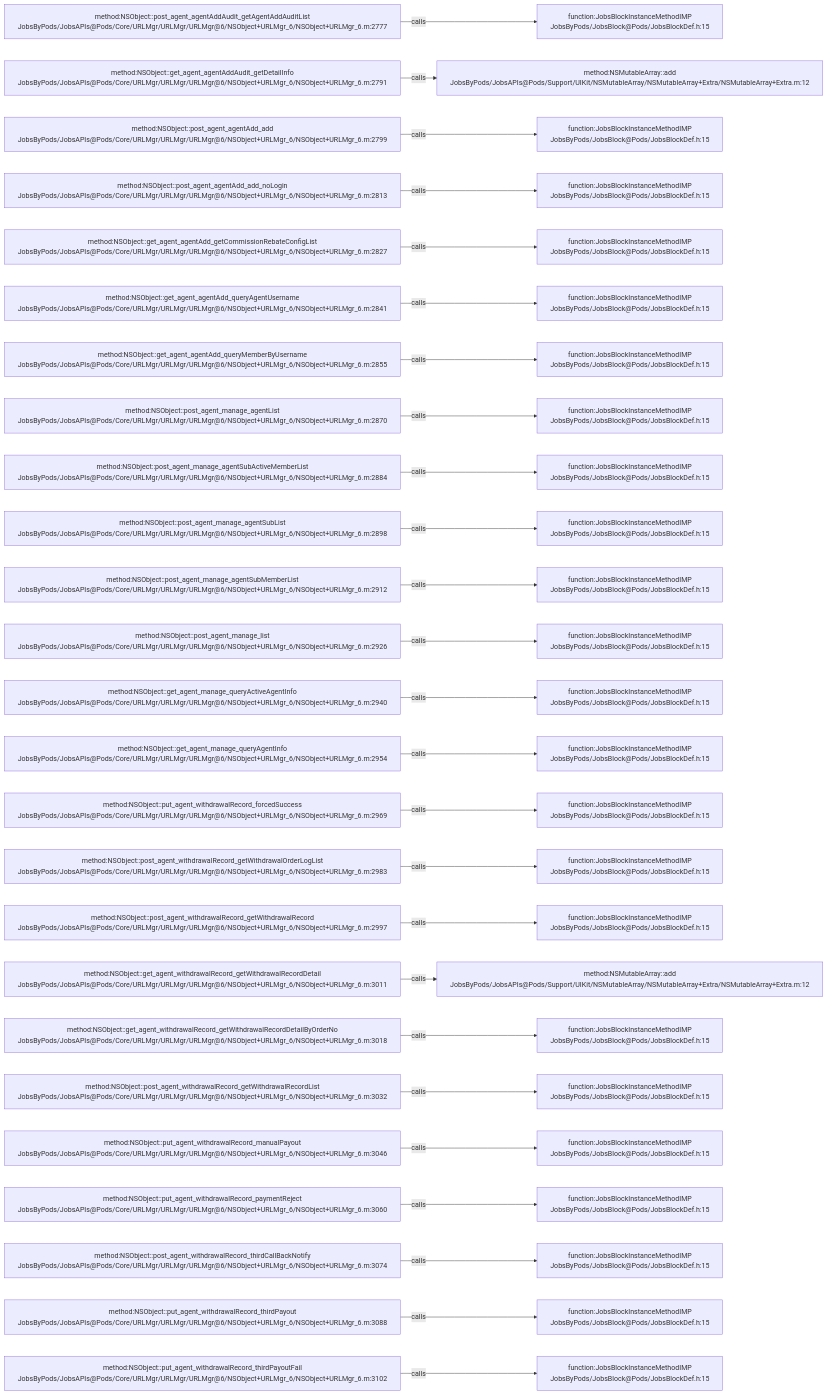
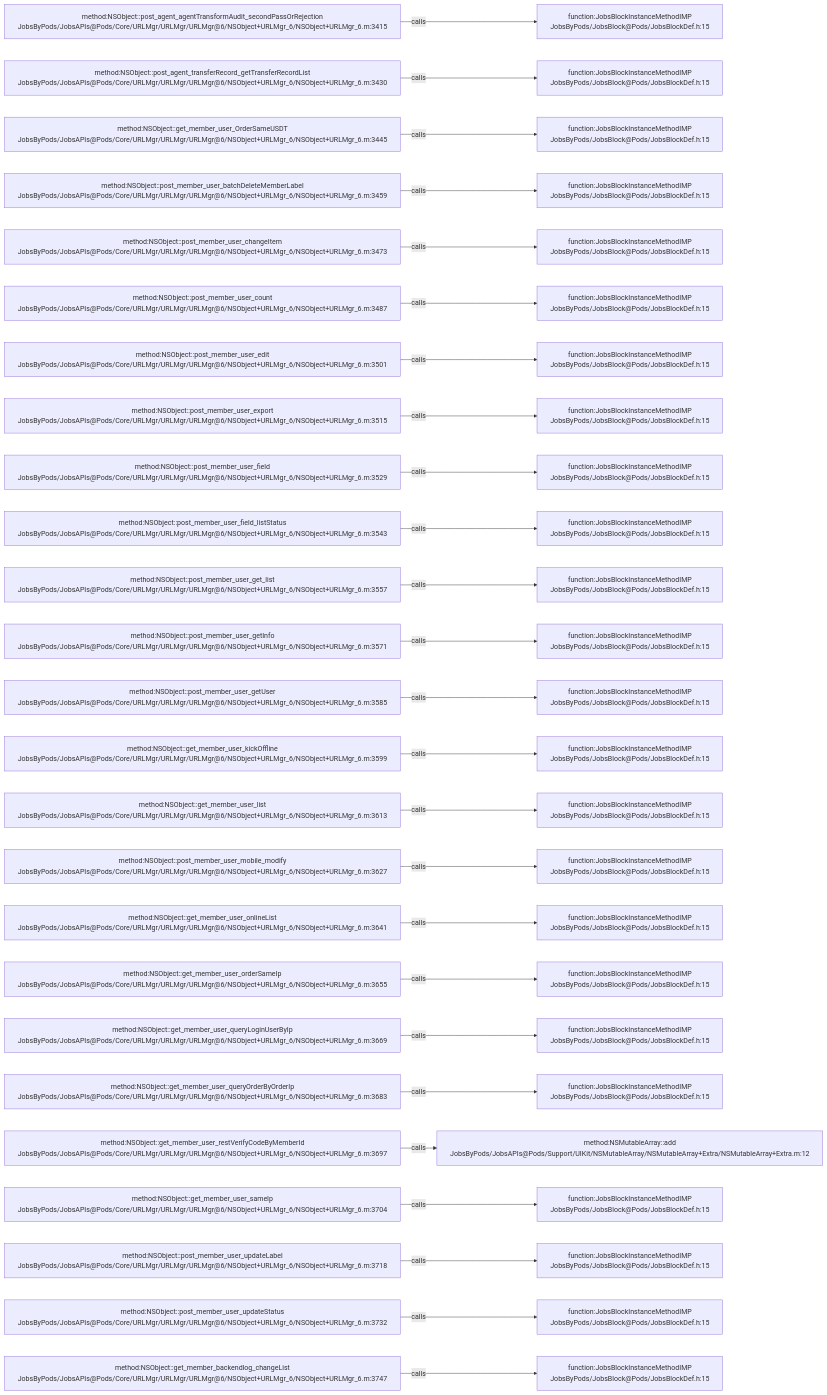
One commit to JobsKits/JobsOCBaseConfigDemo changed the diagram in .codegraph/codegraph.md/graphs/calls-075.md. Above: the diagram before and after it, drawn with Mermaid. The commit also changed 223 other files, not shown here.

````diff
--- a/.codegraph/codegraph.md/graphs/calls-075.md
+++ b/.codegraph/codegraph.md/graphs/calls-075.md
@@ -13,78 +13,78 @@
 ```mermaid
 flowchart LR
-  S1["method:NSObject::post_agent_agentAddAudit_getAgentAddAuditList<br/>JobsByPods/JobsAPIs@Pods/Core/URLMgr/URLMgr/URLMgr@6/NSObject+URLMgr_6/NSObject+URLMgr_6.m:2777"]
+  S1["method:NSObject::post_agent_agentTransformAudit_secondPassOrRejection<br/>JobsByPods/JobsAPIs@Pods/Core/URLMgr/URLMgr/URLMgr@6/NSObject+URLMgr_6/NSObject+URLMgr_6.m:3415"]
   T1["function:JobsBlockInstanceMethodIMP<br/>JobsByPods/JobsBlock@Pods/JobsBlockDef.h:15"]
   S1 -->|calls| T1
-  S2["method:NSObject::get_agent_agentAddAudit_getDetailInfo<br/>JobsByPods/JobsAPIs@Pods/Core/URLMgr/URLMgr/URLMgr@6/NSObject+URLMgr_6/NSObject+URLMgr_6.m:2791"]
-  T2["method:NSMutableArray::add<br/>JobsByPods/JobsAPIs@Pods/Support/UIKit/NSMutableArray/NSMutableArray+Extra/NSMutableArray+Extra.m:12"]
+  S2["method:NSObject::post_agent_transferRecord_getTransferRecordList<br/>JobsByPods/JobsAPIs@Pods/Core/URLMgr/URLMgr/URLMgr@6/NSObject+URLMgr_6/NSObject+URLMgr_6.m:3430"]
+  T2["function:JobsBlockInstanceMethodIMP<br/>JobsByPods/JobsBlock@Pods/JobsBlockDef.h:15"]
   S2 -->|calls| T2
-  S3["method:NSObject::post_agent_agentAdd_add<br/>JobsByPods/JobsAPIs@Pods/Core/URLMgr/URLMgr/URLMgr@6/NSObject+URLMgr_6/NSObject+URLMgr_6.m:2799"]
+  S3["method:NSObject::get_member_user_OrderSameUSDT<br/>JobsByPods/JobsAPIs@Pods/Core/URLMgr/URLMgr/URLMgr@6/NSObject+URLMgr_6/NSObject+URLMgr_6.m:3445"]
   T3["function:JobsBlockInstanceMethodIMP<br/>JobsByPods/JobsBlock@Pods/JobsBlockDef.h:15"]
   S3 -->|calls| T3
-  S4["method:NSObject::post_agent_agentAdd_add_noLogin<br/>JobsByPods/JobsAPIs@Pods/Core/URLMgr/URLMgr/URLMgr@6/NSObject+URLMgr_6/NSObject+URLMgr_6.m:2813"]
+  S4["method:NSObject::post_member_user_batchDeleteMemberLabel<br/>JobsByPods/JobsAPIs@Pods/Core/URLMgr/URLMgr/URLMgr@6/NSObject+URLMgr_6/NSObject+URLMgr_6.m:3459"]
   T4["function:JobsBlockInstanceMethodIMP<br/>JobsByPods/JobsBlock@Pods/JobsBlockDef.h:15"]
   S4 -->|calls| T4
-  S5["method:NSObject::get_agent_agentAdd_getCommissionRebateConfigList<br/>JobsByPods/JobsAPIs@Pods/Core/URLMgr/URLMgr/URLMgr@6/NSObject+URLMgr_6/NSObject+URLMgr_6.m:2827"]
+  S5["method:NSObject::post_member_user_changeItem<br/>JobsByPods/JobsAPIs@Pods/Core/URLMgr/URLMgr/URLMgr@6/NSObject+URLMgr_6/NSObject+URLMgr_6.m:3473"]
   T5["function:JobsBlockInstanceMethodIMP<br/>JobsByPods/JobsBlock@Pods/JobsBlockDef.h:15"]
   S5 -->|calls| T5
-  S6["method:NSObject::get_agent_agentAdd_queryAgentUsername<br/>JobsByPods/JobsAPIs@Pods/Core/URLMgr/URLMgr/URLMgr@6/NSObject+URLMgr_6/NSObject+URLMgr_6.m:2841"]
+  S6["method:NSObject::post_member_user_count<br/>JobsByPods/JobsAPIs@Pods/Core/URLMgr/URLMgr/URLMgr@6/NSObject+URLMgr_6/NSObject+URLMgr_6.m:3487"]
   T6["function:JobsBlockInstanceMethodIMP<br/>JobsByPods/JobsBlock@Pods/JobsBlockDef.h:15"]
   S6 -->|calls| T6
-  S7["method:NSObject::get_agent_agentAdd_queryMemberByUsername<br/>JobsByPods/JobsAPIs@Pods/Core/URLMgr/URLMgr/URLMgr@6/NSObject+URLMgr_6/NSObject+URLMgr_6.m:2855"]
+  S7["method:NSObject::post_member_user_edit<br/>JobsByPods/JobsAPIs@Pods/Core/URLMgr/URLMgr/URLMgr@6/NSObject+URLMgr_6/NSObject+URLMgr_6.m:3501"]
   T7["function:JobsBlockInstanceMethodIMP<br/>JobsByPods/JobsBlock@Pods/JobsBlockDef.h:15"]
   S7 -->|calls| T7
-  S8["method:NSObject::post_agent_manage_agentList<br/>JobsByPods/JobsAPIs@Pods/Core/URLMgr/URLMgr/URLMgr@6/NSObject+URLMgr_6/NSObject+URLMgr_6.m:2870"]
+  S8["method:NSObject::post_member_user_export<br/>JobsByPods/JobsAPIs@Pods/Core/URLMgr/URLMgr/URLMgr@6/NSObject+URLMgr_6/NSObject+URLMgr_6.m:3515"]
   T8["function:JobsBlockInstanceMethodIMP<br/>JobsByPods/JobsBlock@Pods/JobsBlockDef.h:15"]
   S8 -->|calls| T8
-  S9["method:NSObject::post_agent_manage_agentSubActiveMemberList<br/>JobsByPods/JobsAPIs@Pods/Core/URLMgr/URLMgr/URLMgr@6/NSObject+URLMgr_6/NSObject+URLMgr_6.m:2884"]
+  S9["method:NSObject::post_member_user_field<br/>JobsByPods/JobsAPIs@Pods/Core/URLMgr/URLMgr/URLMgr@6/NSObject+URLMgr_6/NSObject+URLMgr_6.m:3529"]
   T9["function:JobsBlockInstanceMethodIMP<br/>JobsByPods/JobsBlock@Pods/JobsBlockDef.h:15"]
   S9 -->|calls| T9
-  S10["method:NSObject::post_agent_manage_agentSubList<br/>JobsByPods/JobsAPIs@Pods/Core/URLMgr/URLMgr/URLMgr@6/NSObject+URLMgr_6/NSObject+URLMgr_6.m:2898"]
+  S10["method:NSObject::post_member_user_field_listStatus<br/>JobsByPods/JobsAPIs@Pods/Core/URLMgr/URLMgr/URLMgr@6/NSObject+URLMgr_6/NSObject+URLMgr_6.m:3543"]
   T10["function:JobsBlockInstanceMethodIMP<br/>JobsByPods/JobsBlock@Pods/JobsBlockDef.h:15"]
   S10 -->|calls| T10
-  S11["method:NSObject::post_agent_manage_agentSubMemberList<br/>JobsByPods/JobsAPIs@Pods/Core/URLMgr/URLMgr/URLMgr@6/NSObject+URLMgr_6/NSObject+URLMgr_6.m:2912"]
+  S11["method:NSObject::post_member_user_get_list<br/>JobsByPods/JobsAPIs@Pods/Core/URLMgr/URLMgr/URLMgr@6/NSObject+URLMgr_6/NSObject+URLMgr_6.m:3557"]
   T11["function:JobsBlockInstanceMethodIMP<br/>JobsByPods/JobsBlock@Pods/JobsBlockDef.h:15"]
   S11 -->|calls| T11
-  S12["method:NSObject::post_agent_manage_list<br/>JobsByPods/JobsAPIs@Pods/Core/URLMgr/URLMgr/URLMgr@6/NSObject+URLMgr_6/NSObject+URLMgr_6.m:2926"]
+  S12["method:NSObject::post_member_user_getInfo<br/>JobsByPods/JobsAPIs@Pods/Core/URLMgr/URLMgr/URLMgr@6/NSObject+URLMgr_6/NSObject+URLMgr_6.m:3571"]
   T12["function:JobsBlockInstanceMethodIMP<br/>JobsByPods/JobsBlock@Pods/JobsBlockDef.h:15"]
   S12 -->|calls| T12
-  S13["method:NSObject::get_agent_manage_queryActiveAgentInfo<br/>JobsByPods/JobsAPIs@Pods/Core/URLMgr/URLMgr/URLMgr@6/NSObject+URLMgr_6/NSObject+URLMgr_6.m:2940"]
+  S13["method:NSObject::post_member_user_getUser<br/>JobsByPods/JobsAPIs@Pods/Core/URLMgr/URLMgr/URLMgr@6/NSObject+URLMgr_6/NSObject+URLMgr_6.m:3585"]
   T13["function:JobsBlockInstanceMethodIMP<br/>JobsByPods/JobsBlock@Pods/JobsBlockDef.h:15"]
   S13 -->|calls| T13
-  S14["method:NSObject::get_agent_manage_queryAgentInfo<br/>JobsByPods/JobsAPIs@Pods/Core/URLMgr/URLMgr/URLMgr@6/NSObject+URLMgr_6/NSObject+URLMgr_6.m:2954"]
+  S14["method:NSObject::get_member_user_kickOffline<br/>JobsByPods/JobsAPIs@Pods/Core/URLMgr/URLMgr/URLMgr@6/NSObject+URLMgr_6/NSObject+URLMgr_6.m:3599"]
   T14["function:JobsBlockInstanceMethodIMP<br/>JobsByPods/JobsBlock@Pods/JobsBlockDef.h:15"]
   S14 -->|calls| T14
-  S15["method:NSObject::put_agent_withdrawalRecord_forcedSuccess<br/>JobsByPods/JobsAPIs@Pods/Core/URLMgr/URLMgr/URLMgr@6/NSObject+URLMgr_6/NSObject+URLMgr_6.m:2969"]
+  S15["method:NSObject::get_member_user_list<br/>JobsByPods/JobsAPIs@Pods/Core/URLMgr/URLMgr/URLMgr@6/NSObject+URLMgr_6/NSObject+URLMgr_6.m:3613"]
   T15["function:JobsBlockInstanceMethodIMP<br/>JobsByPods/JobsBlock@Pods/JobsBlockDef.h:15"]
   S15 -->|calls| T15
-  S16["method:NSObject::post_agent_withdrawalRecord_getWithdrawalOrderLogList<br/>JobsByPods/JobsAPIs@Pods/Core/URLMgr/URLMgr/URLMgr@6/NSObject+URLMgr_6/NSObject+URLMgr_6.m:2983"]
+  S16["method:NSObject::post_member_user_mobile_modify<br/>JobsByPods/JobsAPIs@Pods/Core/URLMgr/URLMgr/URLMgr@6/NSObject+URLMgr_6/NSObject+URLMgr_6.m:3627"]
   T16["function:JobsBlockInstanceMethodIMP<br/>JobsByPods/JobsBlock@Pods/JobsBlockDef.h:15"]
   S16 -->|calls| T16
-  S17["method:NSObject::post_agent_withdrawalRecord_getWithdrawalRecord<br/>JobsByPods/JobsAPIs@Pods/Core/URLMgr/URLMgr/URLMgr@6/NSObject+URLMgr_6/NSObject+URLMgr_6.m:2997"]
+  S17["method:NSObject::get_member_user_onlineList<br/>JobsByPods/JobsAPIs@Pods/Core/URLMgr/URLMgr/URLMgr@6/NSObject+URLMgr_6/NSObject+URLMgr_6.m:3641"]
   T17["function:JobsBlockInstanceMethodIMP<br/>JobsByPods/JobsBlock@Pods/JobsBlockDef.h:15"]
   S17 -->|calls| T17
-  S18["method:NSObject::get_agent_withdrawalRecord_getWithdrawalRecordDetail<br/>JobsByPods/JobsAPIs@Pods/Core/URLMgr/URLMgr/URLMgr@6/NSObject+URLMgr_6/NSObject+URLMgr_6.m:3011"]
-  T18["method:NSMutableArray::add<br/>JobsByPods/JobsAPIs@Pods/Support/UIKit/NSMutableArray/NSMutableArray+Extra/NSMutableArray+Extra.m:12"]
+  S18["method:NSObject::get_member_user_orderSameIp<br/>JobsByPods/JobsAPIs@Pods/Core/URLMgr/URLMgr/URLMgr@6/NSObject+URLMgr_6/NSObject+URLMgr_6.m:3655"]
+  T18["function:JobsBlockInstanceMethodIMP<br/>JobsByPods/JobsBlock@Pods/JobsBlockDef.h:15"]
   S18 -->|calls| T18
-  S19["method:NSObject::get_agent_withdrawalRecord_getWithdrawalRecordDetailByOrderNo<br/>JobsByPods/JobsAPIs@Pods/Core/URLMgr/URLMgr/URLMgr@6/NSObject+URLMgr_6/NSObject+URLMgr_6.m:3018"]
+  S19["method:NSObject::get_member_user_queryLoginUserByIp<br/>JobsByPods/JobsAPIs@Pods/Core/URLMgr/URLMgr/URLMgr@6/NSObject+URLMgr_6/NSObject+URLMgr_6.m:3669"]
   T19["function:JobsBlockInstanceMethodIMP<br/>JobsByPods/JobsBlock@Pods/JobsBlockDef.h:15"]
   S19 -->|calls| T19
-  S20["method:NSObject::post_agent_withdrawalRecord_getWithdrawalRecordList<br/>JobsByPods/JobsAPIs@Pods/Core/URLMgr/URLMgr/URLMgr@6/NSObject+URLMgr_6/NSObject+URLMgr_6.m:3032"]
+  S20["method:NSObject::get_member_user_queryOrderByOrderIp<br/>JobsByPods/JobsAPIs@Pods/Core/URLMgr/URLMgr/URLMgr@6/NSObject+URLMgr_6/NSObject+URLMgr_6.m:3683"]
   T20["function:JobsBlockInstanceMethodIMP<br/>JobsByPods/JobsBlock@Pods/JobsBlockDef.h:15"]
   S20 -->|calls| T20
-  S21["method:NSObject::put_agent_withdrawalRecord_manualPayout<br/>JobsByPods/JobsAPIs@Pods/Core/URLMgr/URLMgr/URLMgr@6/NSObject+URLMgr_6/NSObject+URLMgr_6.m:3046"]
-  T21["function:JobsBlockInstanceMethodIMP<br/>JobsByPods/JobsBlock@Pods/JobsBlockDef.h:15"]
+  S21["method:NSObject::get_member_user_restVerifyCodeByMemberId<br/>JobsByPods/JobsAPIs@Pods/Core/URLMgr/URLMgr/URLMgr@6/NSObject+URLMgr_6/NSObject+URLMgr_6.m:3697"]
+  T21["method:NSMutableArray::add<br/>JobsByPods/JobsAPIs@Pods/Support/UIKit/NSMutableArray/NSMutableArray+Extra/NSMutableArray+Extra.m:12"]
   S21 -->|calls| T21
-  S22["method:NSObject::put_agent_withdrawalRecord_paymentReject<br/>JobsByPods/JobsAPIs@Pods/Core/URLMgr/URLMgr/URLMgr@6/NSObject+URLMgr_6/NSObject+URLMgr_6.m:3060"]
+  S22["method:NSObject::get_member_user_sameIp<br/>JobsByPods/JobsAPIs@Pods/Core/URLMgr/URLMgr/URLMgr@6/NSObject+URLMgr_6/NSObject+URLMgr_6.m:3704"]
   T22["function:JobsBlockInstanceMethodIMP<br/>JobsByPods/JobsBlock@Pods/JobsBlockDef.h:15"]
   S22 -->|calls| T22
-  S23["method:NSObject::post_agent_withdrawalRecord_thirdCallBackNotify<br/>JobsByPods/JobsAPIs@Pods/Core/URLMgr/URLMgr/URLMgr@6/NSObject+URLMgr_6/NSObject+URLMgr_6.m:3074"]
+  S23["method:NSObject::post_member_user_updateLabel<br/>JobsByPods/JobsAPIs@Pods/Core/URLMgr/URLMgr/URLMgr@6/NSObject+URLMgr_6/NSObject+URLMgr_6.m:3718"]
   T23["function:JobsBlockInstanceMethodIMP<br/>JobsByPods/JobsBlock@Pods/JobsBlockDef.h:15"]
   S23 -->|calls| T23
-  S24["method:NSObject::put_agent_withdrawalRecord_thirdPayout<br/>JobsByPods/JobsAPIs@Pods/Core/URLMgr/URLMgr/URLMgr@6/NSObject+URLMgr_6/NSObject+URLMgr_6.m:3088"]
+  S24["method:NSObject::post_member_user_updateStatus<br/>JobsByPods/JobsAPIs@Pods/Core/URLMgr/URLMgr/URLMgr@6/NSObject+URLMgr_6/NSObject+URLMgr_6.m:3732"]
   T24["function:JobsBlockInstanceMethodIMP<br/>JobsByPods/JobsBlock@Pods/JobsBlockDef.h:15"]
   S24 -->|calls| T24
-  S25["method:NSObject::put_agent_withdrawalRecord_thirdPayoutFail<br/>JobsByPods/JobsAPIs@Pods/Core/URLMgr/URLMgr/URLMgr@6/NSObject+URLMgr_6/NSObject+URLMgr_6.m:3102"]
+  S25["method:NSObject::get_member_backendlog_changeList<br/>JobsByPods/JobsAPIs@Pods/Core/URLMgr/URLMgr/URLMgr@6/NSObject+URLMgr_6/NSObject+URLMgr_6.m:3747"]
   T25["function:JobsBlockInstanceMethodIMP<br/>JobsByPods/JobsBlock@Pods/JobsBlockDef.h:15"]
   S25 -->|calls| T25
 ```
````
